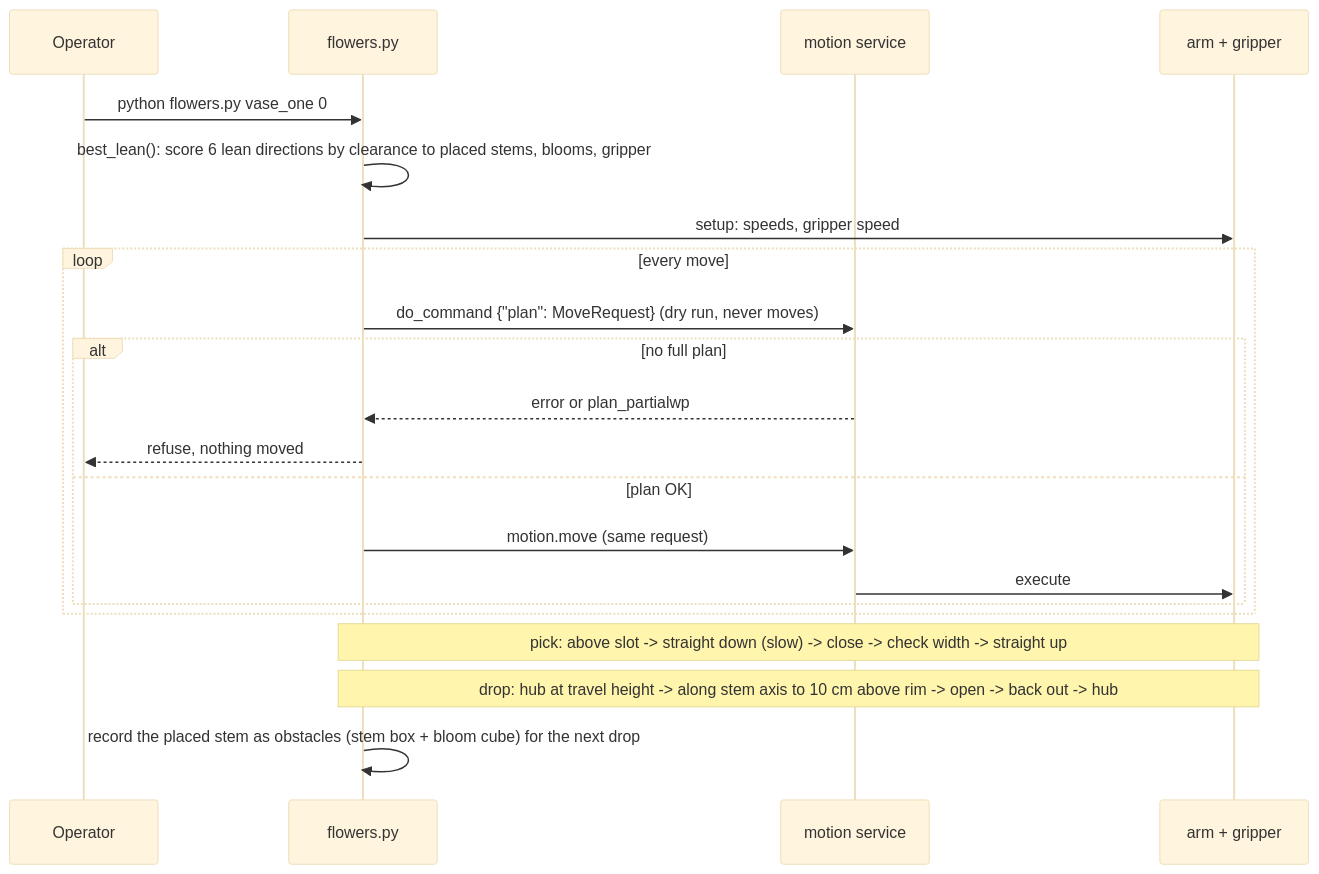
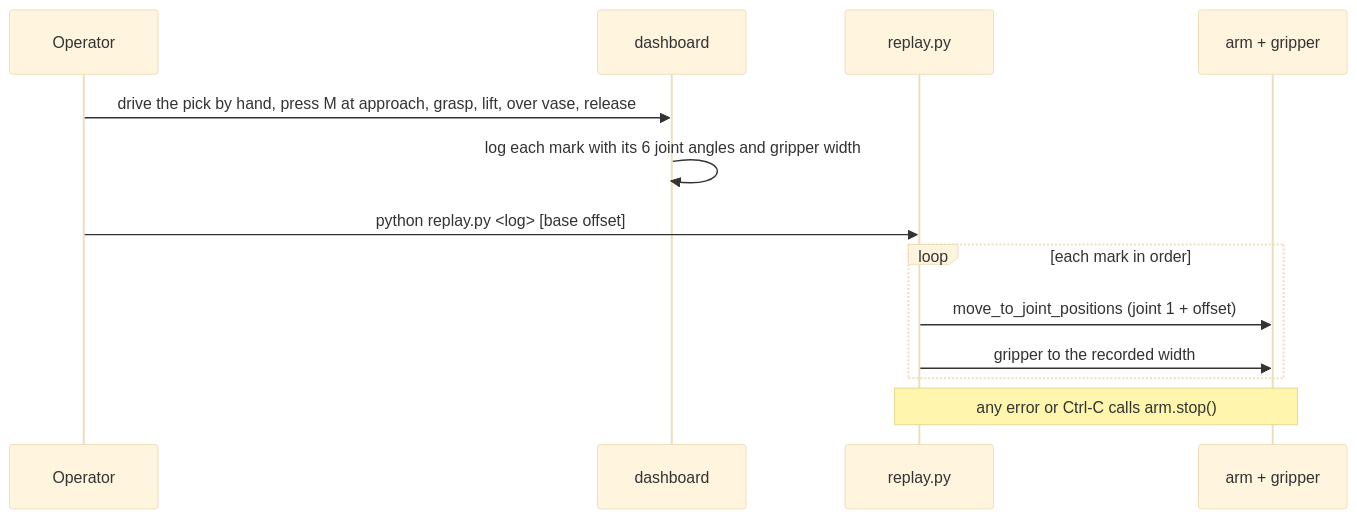
Before and after one commit to TheApexWu/les-fleurs-du-viam: the second of 3 diagrams in ARCHITECTURE.md, drawn with Mermaid (base theme). The commit also changed other lines of this file and 11 other files, not shown here.

First line of the commit message:
Cut the top-down drop and kenzan paths; add replay.py

````diff
--- a/ARCHITECTURE.md
+++ b/ARCHITECTURE.md
@@ -69,23 +69,15 @@
 ```mermaid
 sequenceDiagram
   participant Op as Operator
-  participant F as flowers.py
-  participant M as motion service
+  participant D as dashboard
+  participant R as replay.py
   participant A as arm + gripper
-  Op->>F: python flowers.py vase_one 0
-  F->>F: best_lean(): score 6 lean directions by clearance to placed stems, blooms, gripper
-  F->>A: setup: speeds, gripper speed
-  loop every move
-    F->>M: do_command {"plan": MoveRequest}  (dry run, never moves)
-    alt no full plan
-      M-->>F: error or plan_partialwp
-      F-->>Op: refuse, nothing moved
-    else plan OK
-      F->>M: motion.move (same request)
-      M->>A: execute
-    end
+  Op->>D: drive the pick by hand, press M at approach, grasp, lift, over vase, release
+  D->>D: log each mark with its 6 joint angles and gripper width
+  Op->>R: python replay.py <log> [base offset]
+  loop each mark in order
+    R->>A: move_to_joint_positions (joint 1 + offset)
+    R->>A: gripper to the recorded width
   end
-  Note over F,A: pick: above slot -> straight down (slow) -> close -> check width -> straight up
-  Note over F,A: drop: hub at travel height -> along stem axis to 10 cm above rim -> open -> back out -> hub
-  F->>F: record the placed stem as obstacles (stem box + bloom cube) for the next drop
+  Note over R,A: any error or Ctrl-C calls arm.stop()
 ```
````
